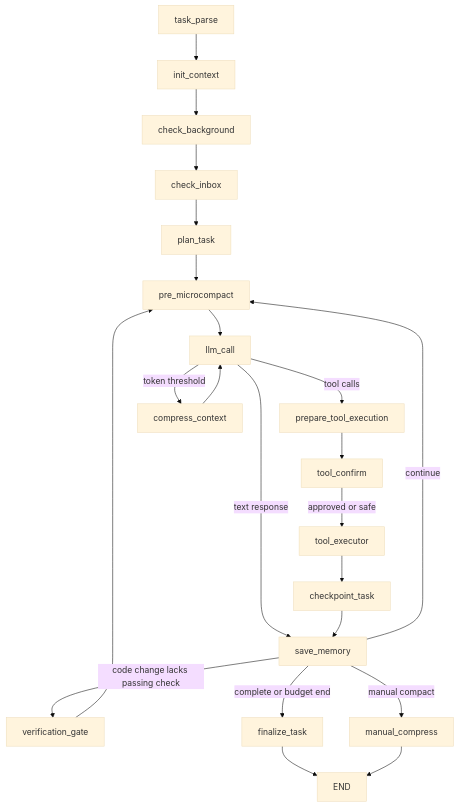
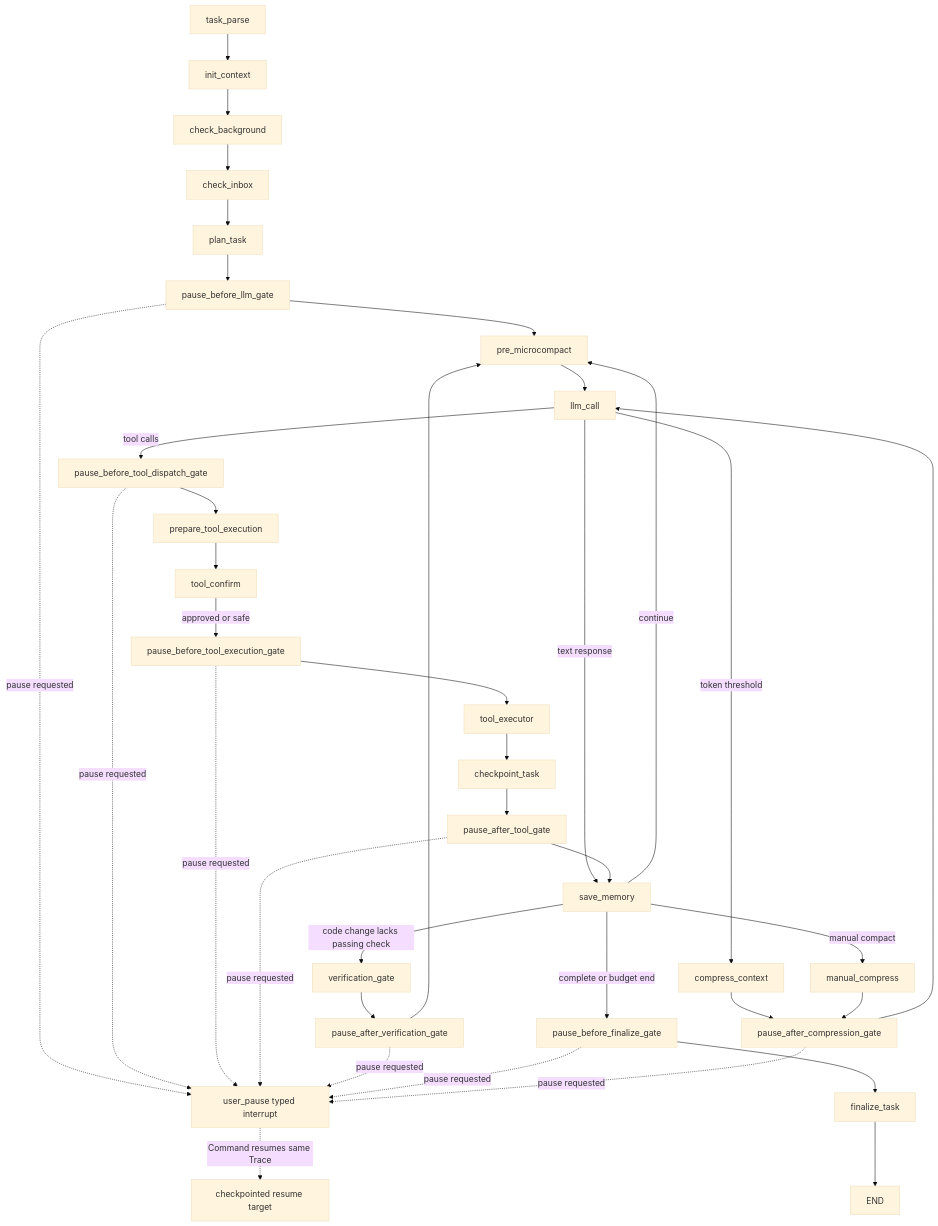
Before and after one commit to Gxh-aviliable/enterprise-controlled-coding-agent: the second of 7 diagrams in ARCHITECTURE.md, drawn with Mermaid (base theme). The commit also changed other lines of this file and 87 other files, not shown here.

````diff
--- a/ARCHITECTURE.md
+++ b/ARCHITECTURE.md
@@ -42,24 +42,40 @@
 ```mermaid
 flowchart TD
     P[task_parse] --> A[init_context]
     A --> B[check_background]
     B --> C[check_inbox]
     C --> PL[plan_task]
-    PL --> D[pre_microcompact]
+    PL --> PB[pause_before_llm_gate]
+    PB --> D[pre_microcompact]
     D --> E[llm_call]
-    E -->|tool calls| PE[prepare_tool_execution]
+    E -->|tool calls| PD[pause_before_tool_dispatch_gate]
+    PD --> PE[prepare_tool_execution]
     PE --> F[tool_confirm]
-    F -->|approved or safe| G[tool_executor]
+    F -->|approved or safe| PX[pause_before_tool_execution_gate]
+    PX --> G[tool_executor]
     E -->|text response| H[save_memory]
     G --> CP[checkpoint_task]
-    CP --> H
+    CP --> PA[pause_after_tool_gate]
+    PA --> H
     E -->|token threshold| I[compress_context]
     H -->|continue| D
     H -->|code change lacks passing check| V[verification_gate]
-    V --> D
+    V --> PV[pause_after_verification_gate]
+    PV --> D
     H -->|manual compact| J[manual_compress]
-    H -->|complete or budget end| FN[finalize_task]
+    H -->|complete or budget end| PF[pause_before_finalize_gate]
+    PF --> FN[finalize_task]
     FN --> K[END]
-    I --> E
-    J --> K
+    I --> PC[pause_after_compression_gate]
+    J --> PC
+    PC --> E
+
+    PB -. pause requested .-> UP[user_pause typed interrupt]
+    PD -. pause requested .-> UP
+    PX -. pause requested .-> UP
+    PA -. pause requested .-> UP
+    PV -. pause requested .-> UP
+    PF -. pause requested .-> UP
+    PC -. pause requested .-> UP
+    UP -. Command resumes same Trace .-> RT[checkpointed resume target]
 ```
````
